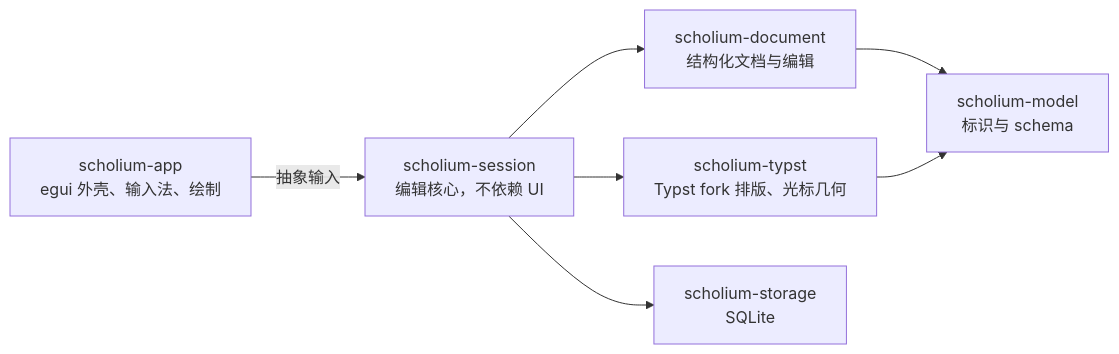
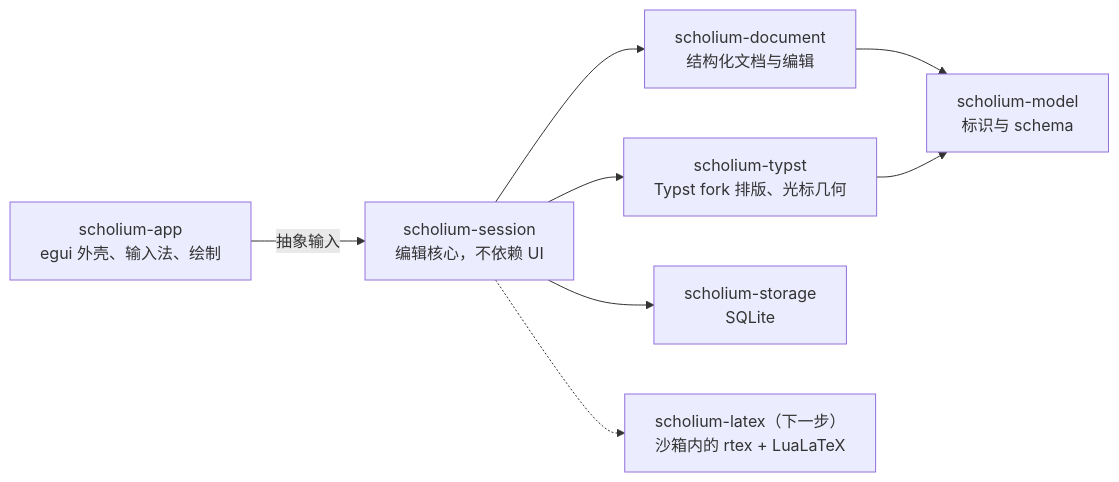
Before and after one commit to scholium-app/scholium: the diagram in README.zh-CN.md, drawn with Mermaid. The commit also changed other lines of this file and 1 other file, not shown here.

````diff
--- a/README.zh-CN.md
+++ b/README.zh-CN.md
@@ -87,9 +110,10 @@
 ```mermaid
 flowchart LR
     UI["scholium-app<br/>egui 外壳、输入法、绘制"] -->|抽象输入| S["scholium-session<br/>编辑核心，不依赖 UI"]
     S --> D["scholium-document<br/>结构化文档与编辑"]
     S --> T["scholium-typst<br/>Typst fork 排版、光标几何"]
     S --> St["scholium-storage<br/>SQLite"]
+    S -.-> L["scholium-latex（下一步）<br/>沙箱内的 rtex + LuaLaTeX"]
     D --> M["scholium-model<br/>标识与 schema"]
     T --> M
 ```
````
